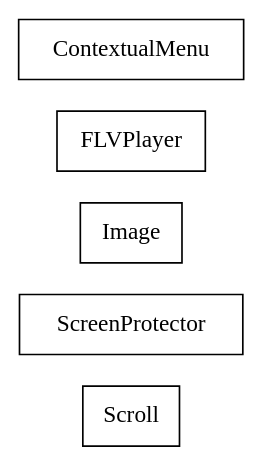
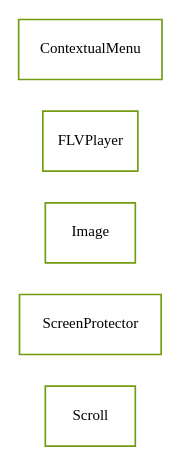
Before and after one commit to sekati/sasapi: the diagram in docs/com/sekati/ui/classes.dot, drawn with Graphviz. The commit also changed 125 other files, not shown here.

```diff
--- a/docs/com/sekati/ui/classes.dot
+++ b/docs/com/sekati/ui/classes.dot
@@ -1,33 +1,48 @@
 strict digraph class_diagram {
   rankdir=LR;
   TypeScroll[
     label="Scroll",
     URL="Scroll.html",
     tooltip="com.sekati.ui.Scroll",
+    fontname="Verdana",
+    fontsize="9"
+    color="#729b12"
     shape="record"
   ];
   TypeScreenProtector[
     label="ScreenProtector",
     URL="ScreenProtector.html",
     tooltip="com.sekati.ui.ScreenProtector",
+    fontname="Verdana",
+    fontsize="9"
+    color="#729b12"
     shape="record"
   ];
   TypeImage[
     label="Image",
     URL="Image.html",
     tooltip="com.sekati.ui.Image",
+    fontname="Verdana",
+    fontsize="9"
+    color="#729b12"
     shape="record"
   ];
   TypeFLVPlayer[
     label="FLVPlayer",
     URL="FLVPlayer.html",
     tooltip="com.sekati.ui.FLVPlayer",
+    fontname="Verdana",
+    fontsize="9"
+    color="#729b12"
     shape="record"
   ];
   TypeContextualMenu[
     label="ContextualMenu",
     URL="ContextualMenu.html",
     tooltip="com.sekati.ui.ContextualMenu",
+    fontname="Verdana",
+    fontsize="9"
+    color="#729b12"
     shape="record"
   ];
 }
```
